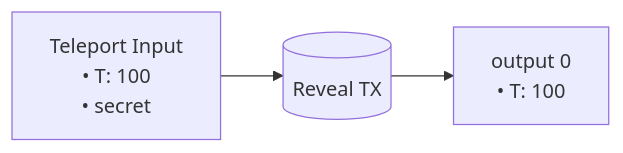
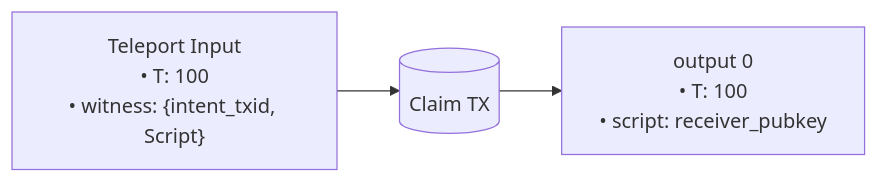
Before and after one commit to ArkLabsHQ/arkade-assets: the tenth of 13 diagrams in Arkade-Assets-Documentation.md, drawn with Mermaid. The commit also changed other lines of this file and 2 other files, not shown here.

Commit message:
feat: Revamped teleport system to use direct script commitments for outputs and include `vin` and `intent_txid` in teleport input witnesses.

````diff
--- a/Arkade-Assets-Documentation.md
+++ b/Arkade-Assets-Documentation.md
@@ -1258,7 +1254,7 @@
 ```mermaid
 flowchart LR
-  RevealTX[(Reveal TX)]
-  i_teleport["Teleport Input<br/>• T: 100<br/>• secret"] --> RevealTX
-  RevealTX --> o0["output 0<br/>• T: 100"]
+  ClaimTX[(Claim TX)]
+  i_teleport["Teleport Input<br/>• T: 100<br/>• witness: {intent_txid, Script}"] --> ClaimTX
+  ClaimTX --> o0["output 0<br/>• T: 100<br/>• script: receiver_pubkey"]
 
 ```
````
